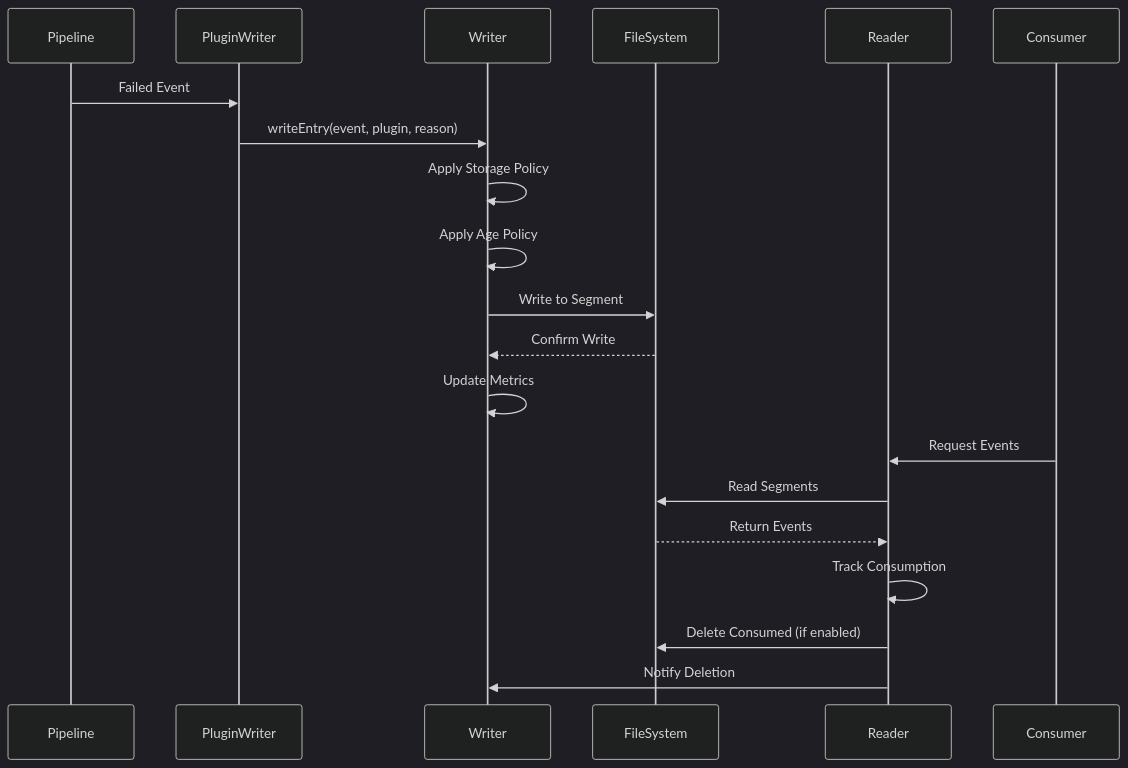
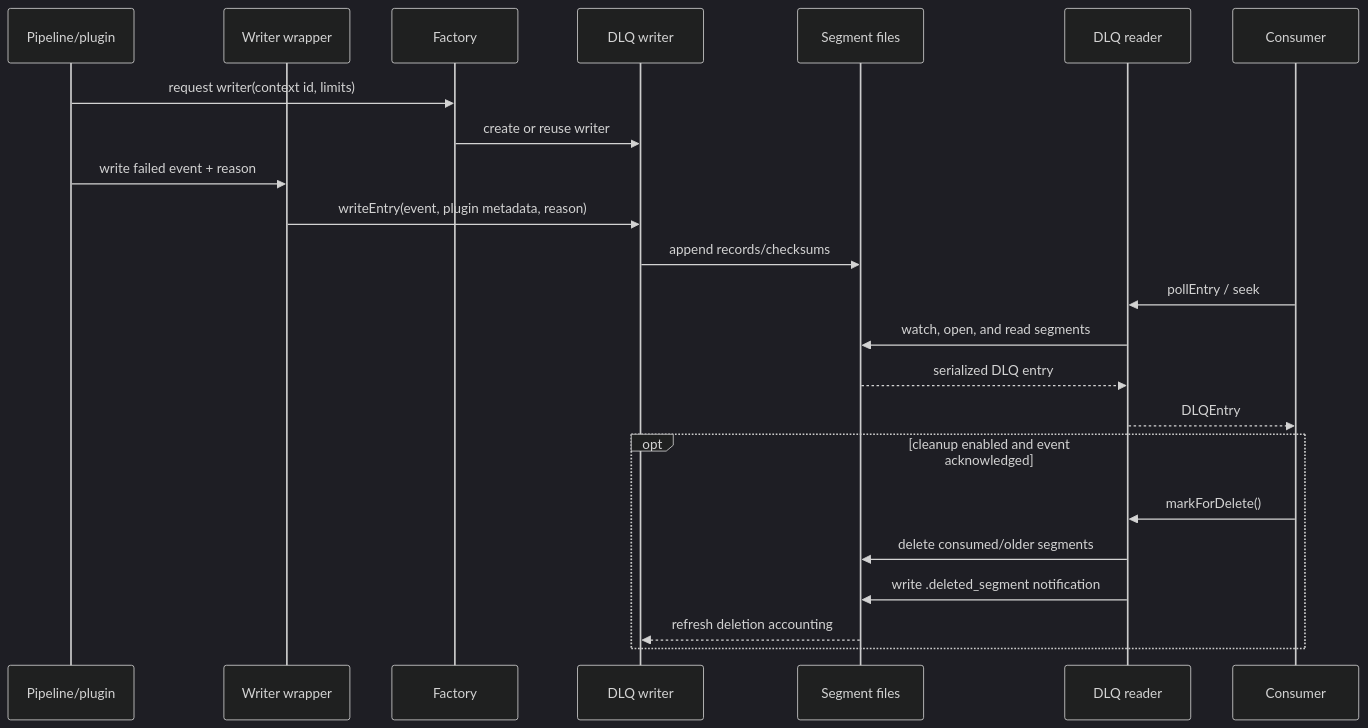
Before and after one commit to FSoft-AI4Code/codewiki-demo: the third of 3 diagrams in docs/elastic--logstash-docs/dead_letter_queue.md, drawn with Mermaid (dark theme). The commit also changed other lines of this file and 1767 other files, not shown here.

````diff
--- a/docs/elastic--logstash-docs/dead_letter_queue.md
+++ b/docs/elastic--logstash-docs/dead_letter_queue.md
@@ -92,24 +61,26 @@
 ```mermaid
 sequenceDiagram
-    participant P as Pipeline
-    participant PW as PluginWriter
-    participant W as Writer
-    participant F as FileSystem
-    participant R as Reader
+    participant P as Pipeline/plugin
+    participant W as Writer wrapper
+    participant F as Factory
+    participant D as DLQ writer
+    participant S as Segment files
+    participant R as DLQ reader
     participant C as Consumer
-    
-    P->>PW: Failed Event
-    PW->>W: writeEntry(event, plugin, reason)
-    W->>W: Apply Storage Policy
-    W->>W: Apply Age Policy
-    W->>F: Write to Segment
-    F-->>W: Confirm Write
-    W->>W: Update Metrics
-    
-    C->>R: Request Events
-    R->>F: Read Segments
-    F-->>R: Return Events
-    R->>R: Track Consumption
-    R->>F: Delete Consumed (if enabled)
-    R->>W: Notify Deletion
+
+    P->>F: request writer(context id, limits)
+    F->>D: create or reuse writer
+    P->>W: write failed event + reason
+    W->>D: writeEntry(event, plugin metadata, reason)
+    D->>S: append records/checksums
+    C->>R: pollEntry / seek
+    R->>S: watch, open, and read segments
+    S-->>R: serialized DLQ entry
+    R-->>C: DLQEntry
+    opt cleanup enabled and event acknowledged
+        C->>R: markForDelete()
+        R->>S: delete consumed/older segments
+        R->>S: write .deleted_segment notification
+        S-->>D: refresh deletion accounting
+    end
 ```
````
